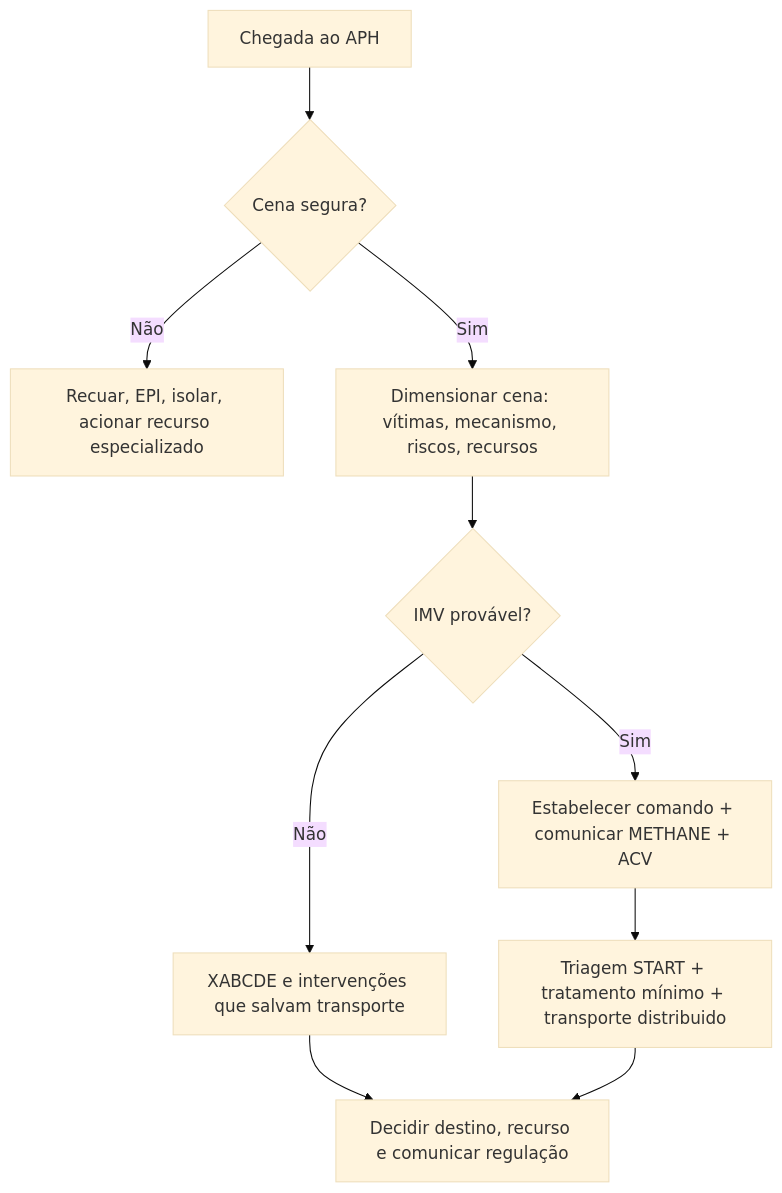
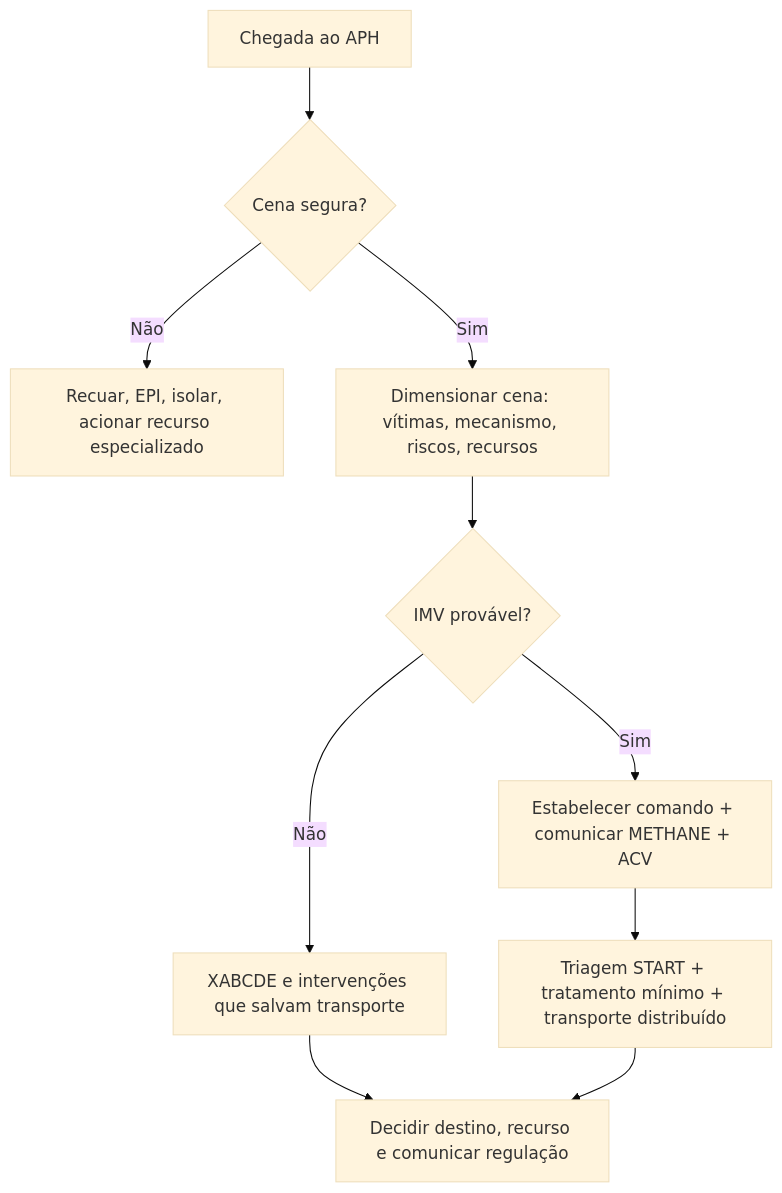
One commit to ThiagoPersona/emergencia26 changed the first of 4 diagrams in Intensivao/temas/013_aph-regulacao-imv-desastres-transporte.md. Above: the diagram before and after it, drawn with Mermaid (base theme). The commit also changed other lines of this file and 10 other files, not shown here.

````diff
--- a/Intensivao/temas/013_aph-regulacao-imv-desastres-transporte.md
+++ b/Intensivao/temas/013_aph-regulacao-imv-desastres-transporte.md
@@ -281,12 +304,12 @@
 ```mermaid
 flowchart TD
     A[Chegada ao APH] --> B{Cena segura?}
     B -->|Não| C[Recuar, EPI, isolar, acionar recurso especializado]
     B -->|Sim| D[Dimensionar cena: vítimas, mecanismo, riscos, recursos]
     D --> E{IMV provável?}
     E -->|Sim| F[Estabelecer comando + comunicar METHANE + ACV]
     E -->|Não| G[XABCDE e intervenções que salvam transporte]
-    F --> H[Triagem START + tratamento mínimo + transporte distribuido]
+    F --> H[Triagem START + tratamento mínimo + transporte distribuído]
     G --> I[Decidir destino, recurso e comunicar regulação]
     H --> I
 ```
````
